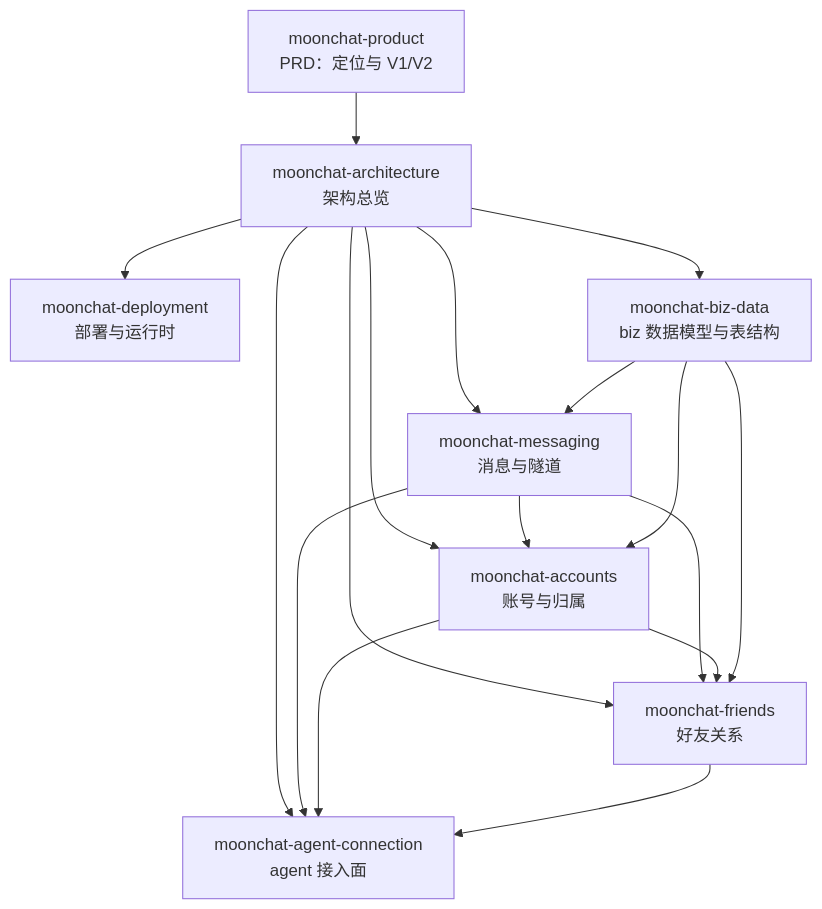
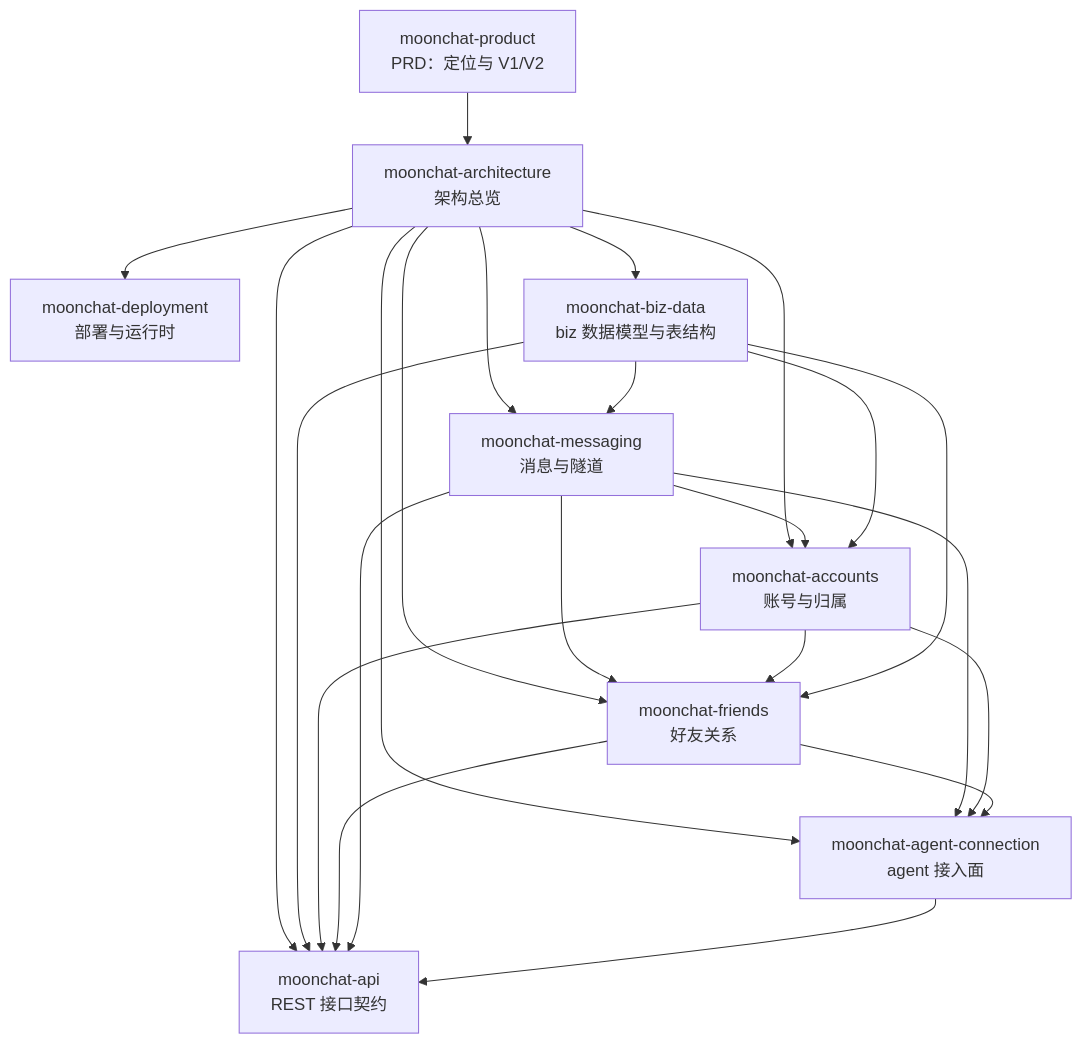
The diagram in docs/README.md (flssr/moonchat), drawn with Mermaid before and after one commit. The commit also changed other lines of this file and 8 other files, not shown here.

Commit message:
新增 REST 接口契约 spec：19 条 /api 路由、错误码与表对应

````diff
--- a/docs/README.md
+++ b/docs/README.md
@@ -24,28 +25,35 @@
 ```mermaid
 graph TD
   P["moonchat-product<br/>PRD：定位与 V1/V2"]
   A["moonchat-architecture<br/>架构总览"]
   M["moonchat-messaging<br/>消息与隧道"]
   AC["moonchat-accounts<br/>账号与归属"]
   F["moonchat-friends<br/>好友关系"]
   AG["moonchat-agent-connection<br/>agent 接入面"]
   D["moonchat-deployment<br/>部署与运行时"]
   BD["moonchat-biz-data<br/>biz 数据模型与表结构"]
+  API["moonchat-api<br/>REST 接口契约"]
 
   P --> A
   A --> M
   A --> AC
   A --> F
   A --> AG
   A --> D
   M --> AC
   M --> F
   M --> AG
   AC --> F
   AC --> AG
   F --> AG
   A --> BD
   BD --> M
   BD --> AC
   BD --> F
+  A --> API
+  BD --> API
+  AC --> API
+  F --> API
+  M --> API
+  AG --> API
 ```
````
